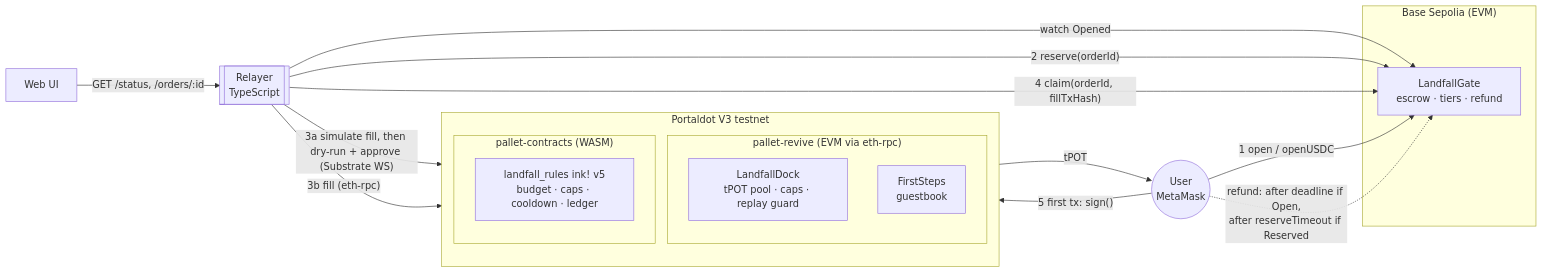
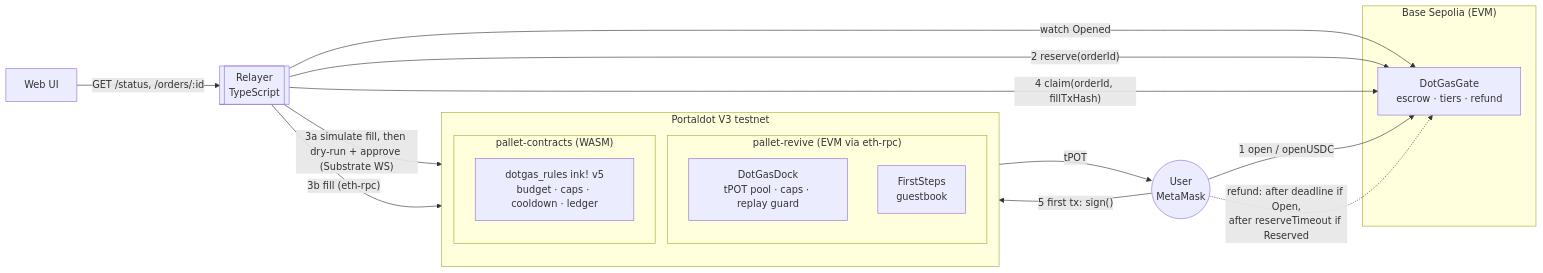
One commit to itsolaph/dotgas changed the first of 2 diagrams in README.md. Above: the diagram before and after it, drawn with Mermaid. The commit also changed other lines of this file and 37 other files, not shown here.

Commit message:
refactor: rename project to DotGas

````diff
--- a/README.md
+++ b/README.md
@@ -25,26 +29,26 @@
 ```mermaid
 flowchart LR
   subgraph Base["Base Sepolia (EVM)"]
-    G[LandfallGate<br/>escrow · tiers · refund]
+    G[DotGasGate<br/>escrow · tiers · refund]
   end
   subgraph PD["Portaldot V3 testnet"]
     direction TB
     subgraph REVIVE["pallet-revive (EVM via eth-rpc)"]
-      D[LandfallDock<br/>tPOT pool · caps · replay guard]
+      D[DotGasDock<br/>tPOT pool · caps · replay guard]
       F[FirstSteps<br/>guestbook]
     end
     subgraph WASM["pallet-contracts (WASM)"]
-      R[landfall_rules ink! v5<br/>budget · caps · cooldown · ledger]
+      R[dotgas_rules ink! v5<br/>budget · caps · cooldown · ledger]
     end
   end
   U((User<br/>MetaMask)) -- "1 open / openUSDC" --> G
   RL[[Relayer<br/>TypeScript]] -- "watch Opened" --> G
   RL -- "2 reserve(orderId)" --> G
   RL -- "3a simulate fill, then dry-run + approve (Substrate WS)" --> R
   RL -- "3b fill (eth-rpc)" --> D
   D -- "tPOT" --> U
   RL -- "4 claim(orderId, fillTxHash)" --> G
   U -- "5 first tx: sign()" --> F
   U -. "refund: after deadline if Open,<br/>after reserveTimeout if Reserved" .-> G
   W[Web UI] -- "GET /status, /orders/:id" --> RL
 ```
````
